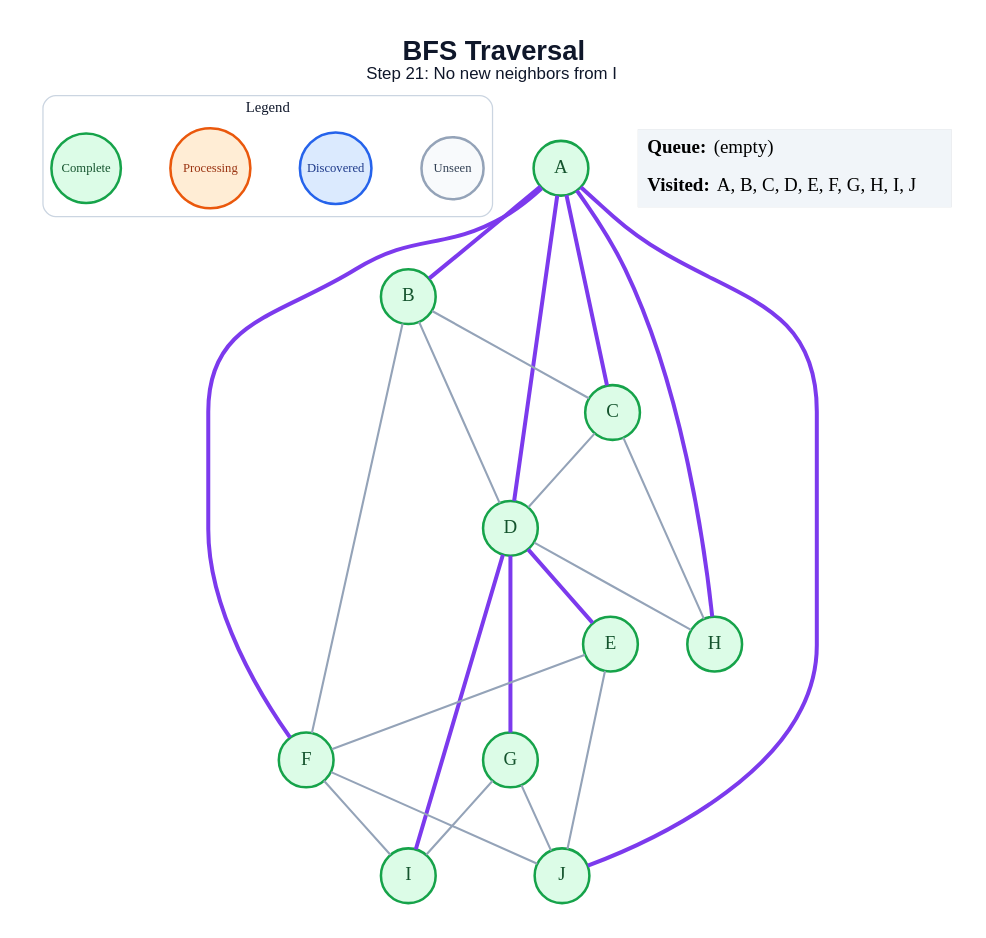
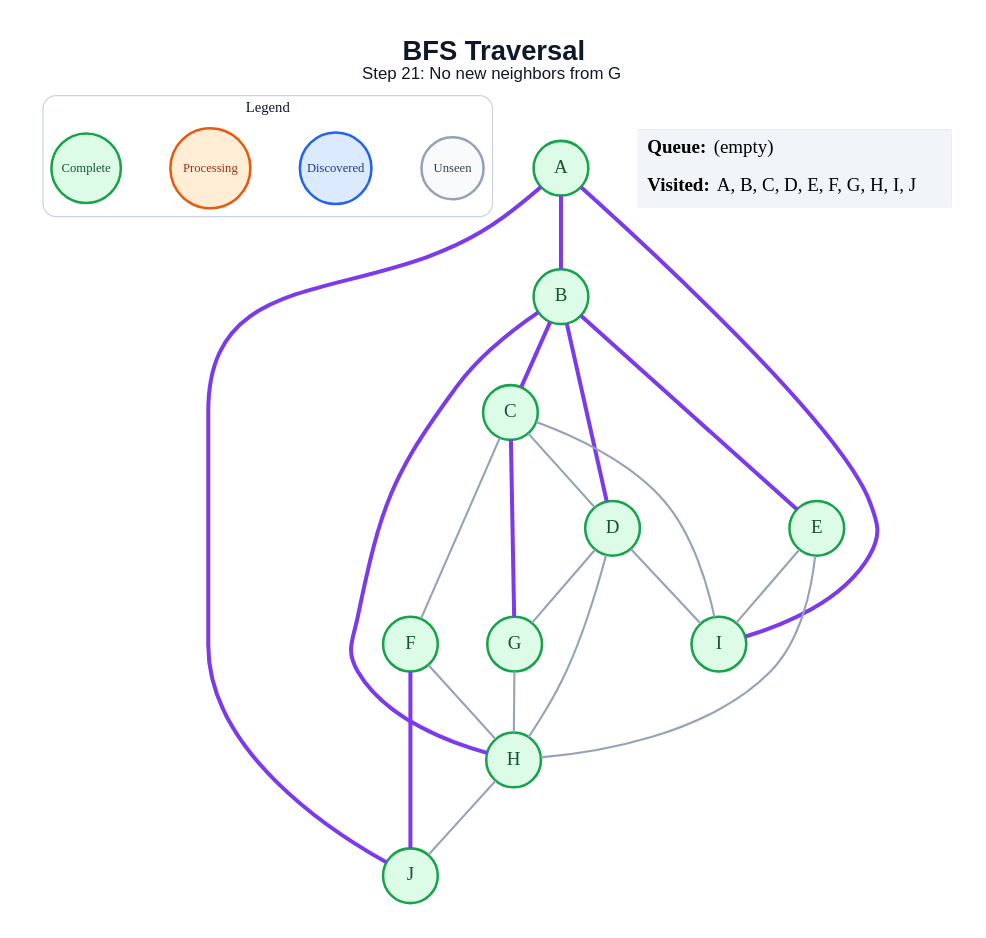
Before and after one commit to amanghodawala9/ai-slop: the diagram in generated/bfs/step_21.dot, drawn with Graphviz. The commit also changed 178 other files, not shown here.

```diff
--- a/generated/bfs/step_21.dot
+++ b/generated/bfs/step_21.dot
@@ -1,50 +1,49 @@
 graph traversal {
   graph [layout=dot, rankdir=TB, bgcolor="#FFFFFF", pad="0.35", nodesep="0.65", ranksep="0.8", fontname="Arial"];
   node [shape=circle, style="filled", fontname="Arial Bold", fontsize=18, width=0.72, fixedsize=true, penwidth=2.4];
   edge [color="#94A3B8", penwidth=2.0];
-  label=<<B>BFS Traversal</B><BR/><FONT POINT-SIZE="16">Step 21: No new neighbors from I</FONT>>; labelloc="t"; fontsize=26; fontname="Arial"; fontcolor="#0F172A";
+  label=<<B>BFS Traversal</B><BR/><FONT POINT-SIZE="16">Step 21: No new neighbors from G</FONT>>; labelloc="t"; fontsize=26; fontname="Arial"; fontcolor="#0F172A";
   subgraph cluster_legend { label="Legend"; color="#CBD5E1"; penwidth=1.2; style="rounded"; fontsize=14; fontname="Arial Bold";
     key_unseen [label="Unseen", fillcolor="#F8FAFC", color="#94A3B8", fontcolor="#334155", fontsize=12, width=0.82];
     key_frontier [label="Discovered", fillcolor="#DBEAFE", color="#2563EB", fontcolor="#1E3A8A", fontsize=12, width=0.95];
     key_current [label="Processing", fillcolor="#FFEDD5", color="#EA580C", fontcolor="#9A3412", fontsize=12, width=1.05];
     key_done [label="Complete", fillcolor="#DCFCE7", color="#16A34A", fontcolor="#14532D", fontsize=12, width=0.92];
     { rank=same; key_unseen; key_frontier; key_current; key_done; }
   }
   A [fillcolor="#DCFCE7", color="#16A34A", fontcolor="#14532D"];
   B [fillcolor="#DCFCE7", color="#16A34A", fontcolor="#14532D"];
   C [fillcolor="#DCFCE7", color="#16A34A", fontcolor="#14532D"];
   D [fillcolor="#DCFCE7", color="#16A34A", fontcolor="#14532D"];
   E [fillcolor="#DCFCE7", color="#16A34A", fontcolor="#14532D"];
   F [fillcolor="#DCFCE7", color="#16A34A", fontcolor="#14532D"];
   G [fillcolor="#DCFCE7", color="#16A34A", fontcolor="#14532D"];
   H [fillcolor="#DCFCE7", color="#16A34A", fontcolor="#14532D"];
   I [fillcolor="#DCFCE7", color="#16A34A", fontcolor="#14532D"];
   J [fillcolor="#DCFCE7", color="#16A34A", fontcolor="#14532D"];
   A -- B [color="#7C3AED", penwidth=3.8];
-  A -- C [color="#7C3AED", penwidth=3.8];
-  A -- D [color="#7C3AED", penwidth=3.8];
-  A -- F [color="#7C3AED", penwidth=3.8];
-  A -- H [color="#7C3AED", penwidth=3.8];
+  A -- I [color="#7C3AED", penwidth=3.8];
   A -- J [color="#7C3AED", penwidth=3.8];
-  B -- C;
-  B -- D;
-  B -- F;
+  B -- C [color="#7C3AED", penwidth=3.8];
+  B -- D [color="#7C3AED", penwidth=3.8];
+  B -- E [color="#7C3AED", penwidth=3.8];
+  B -- H [color="#7C3AED", penwidth=3.8];
   C -- D;
-  C -- H;
-  D -- E [color="#7C3AED", penwidth=3.8];
-  D -- G [color="#7C3AED", penwidth=3.8];
+  C -- F;
+  C -- G [color="#7C3AED", penwidth=3.8];
+  C -- I;
+  D -- G;
   D -- H;
-  D -- I [color="#7C3AED", penwidth=3.8];
-  E -- F;
-  E -- J;
-  F -- I;
-  F -- J;
-  G -- I;
-  G -- J;
+  D -- I;
+  E -- H;
+  E -- I;
+  F -- H;
+  F -- J [color="#7C3AED", penwidth=3.8];
+  G -- H;
+  H -- J;
   status [shape=plain, fixedsize=false, width=0, height=0, margin=0, label=<
     <TABLE BORDER="0" CELLBORDER="0" CELLPADDING="7" BGCOLOR="#F1F5F9">
       <TR><TD ALIGN="LEFT"><B>Queue:</B> (empty)</TD></TR>
       <TR><TD ALIGN="LEFT"><B>Visited:</B> A, B, C, D, E, F, G, H, I, J</TD></TR>
     </TABLE>
   >];
 }
```
